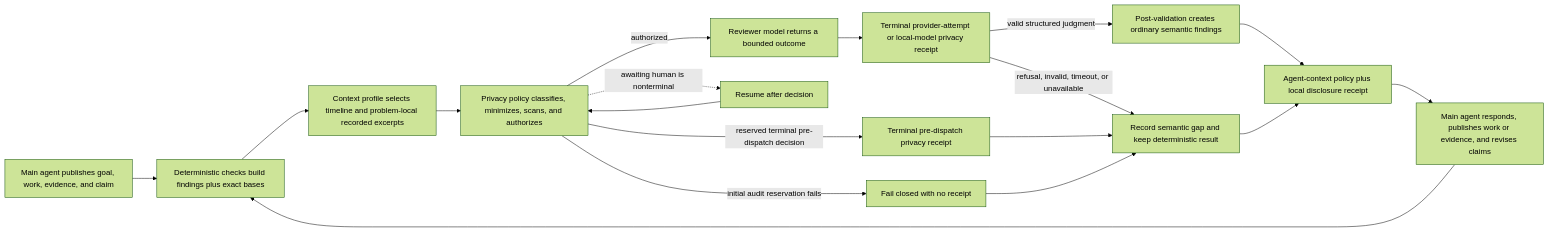
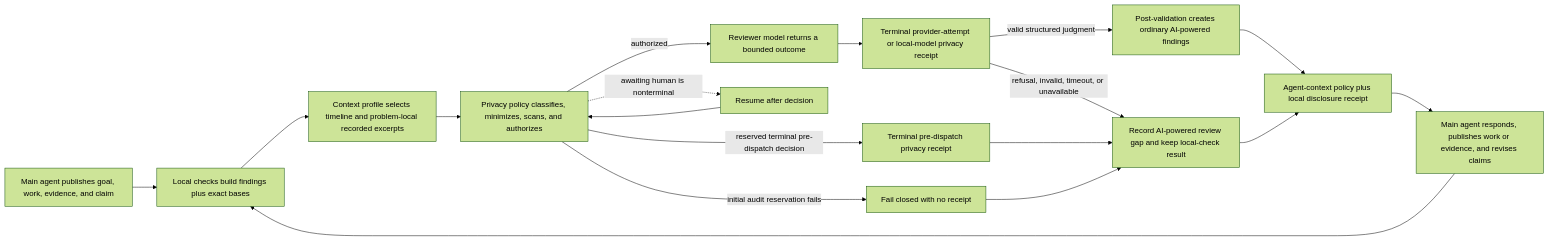
One commit to TheGaySupreme123/yoetz changed the diagram in docs/adr/ADR-006-semantic-provider-profile.md. Above: the diagram before and after it, drawn with Mermaid (forest theme). The commit also changed other lines of this file and 270 other files, not shown here.

````diff
--- a/docs/adr/ADR-006-semantic-provider-profile.md
+++ b/docs/adr/ADR-006-semantic-provider-profile.md
@@ -178,20 +179,20 @@
 ```mermaid
 flowchart LR
-    A["Main agent publishes goal, work, evidence, and claim"] --> B["Deterministic checks build findings plus exact bases"]
+    A["Main agent publishes goal, work, evidence, and claim"] --> B["Local checks build findings plus exact bases"]
     B --> C["Context profile selects timeline and problem-local recorded excerpts"]
     C --> D["Privacy policy classifies, minimizes, scans, and authorizes"]
     D -->|"authorized"| E["Reviewer model returns a bounded outcome"]
     E --> H["Terminal provider-attempt or local-model privacy receipt"]
-    H -->|"valid structured judgment"| F["Post-validation creates ordinary semantic findings"]
-    H -->|"refusal, invalid, timeout, or unavailable"| K["Record semantic gap and keep deterministic result"]
+    H -->|"valid structured judgment"| F["Post-validation creates ordinary AI-powered findings"]
+    H -->|"refusal, invalid, timeout, or unavailable"| K["Record AI-powered review gap and keep local-check result"]
     F --> J["Agent-context policy plus local disclosure receipt"]
     K --> J
     J --> G["Main agent responds, publishes work or evidence, and revises claims"]
     G --> B
     D -->|"reserved terminal pre-dispatch decision"| R["Terminal pre-dispatch privacy receipt"]
     D -->|"initial audit reservation fails"| X["Fail closed with no receipt"]
     R --> K
     X --> K
     D -.->|"awaiting human is nonterminal"| I["Resume after decision"]
     I --> D
 ```
````
